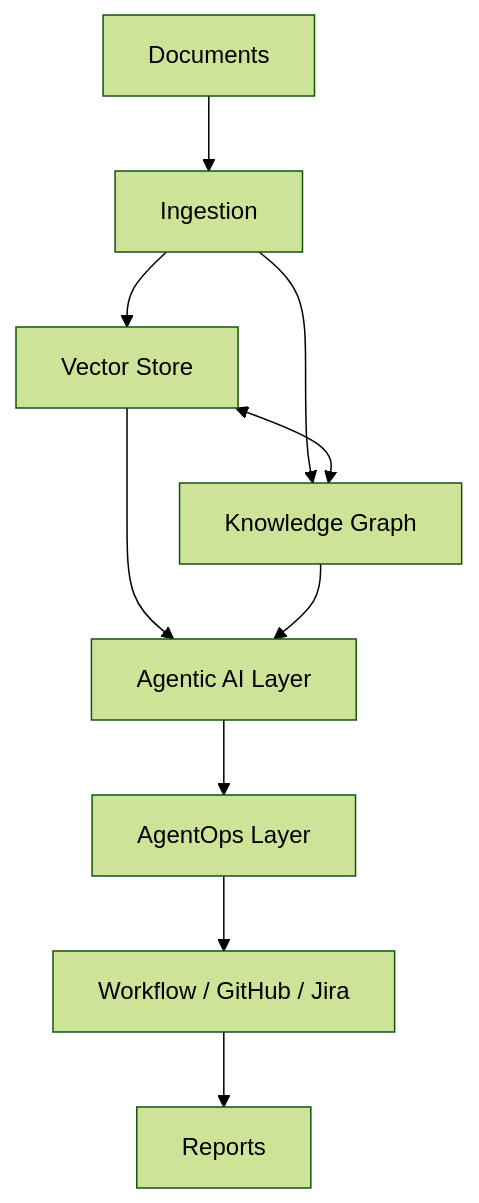
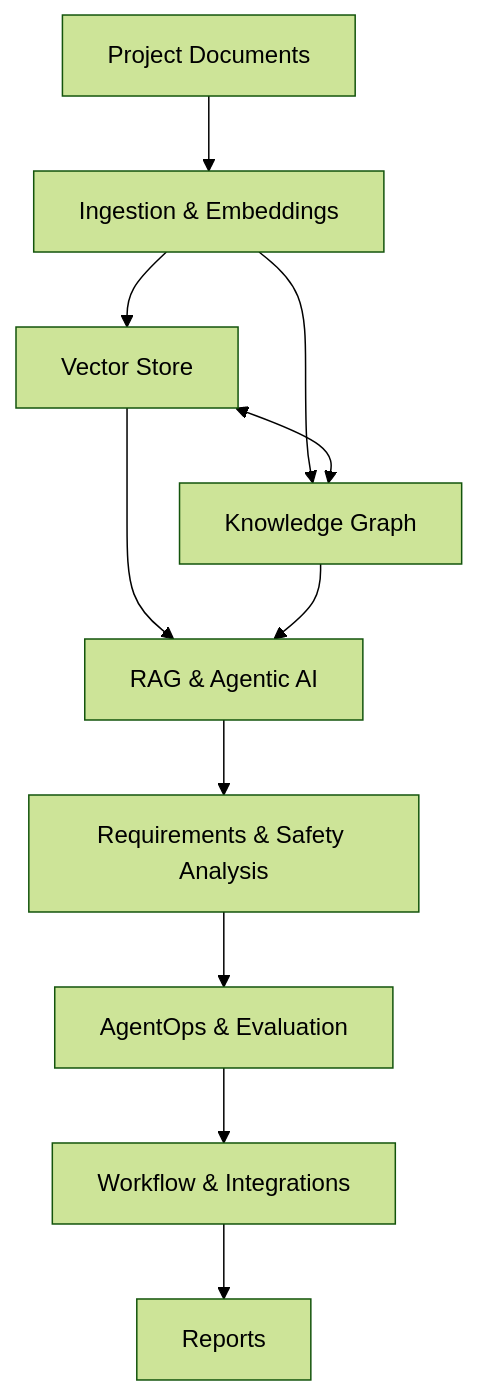
The diagram in README.md (chz2010/Agentic_Document_AI_Platform_for_Safety_Engineering), drawn with Mermaid (forest theme) before and after one commit. The commit also changed other lines of this file, not shown here.

Commit message:
Revise flowchart in README for clarity
Updated flowchart labels and added new elements.

````diff
--- a/README.md
+++ b/README.md
@@ -20,22 +19,24 @@
 ```mermaid
 flowchart TD
 
-A[Documents]
-B[Ingestion]
+A[Project Documents]
+B[Ingestion & Embeddings]
 C[Vector Store]
 D[Knowledge Graph]
-E[Agentic AI Layer]
-F[AgentOps Layer]
-G[Workflow / GitHub / Jira]
-H[Reports]
+E[RAG & Agentic AI]
+F[Requirements & Safety Analysis]
+G[AgentOps & Evaluation]
+H[Workflow & Integrations]
+I[Reports]
 
 A --> B
 B --> C
 B --> D
 C <--> D
 C --> E
 D --> E
 E --> F
 F --> G
 G --> H
-```
+H --> I
+```       
````
